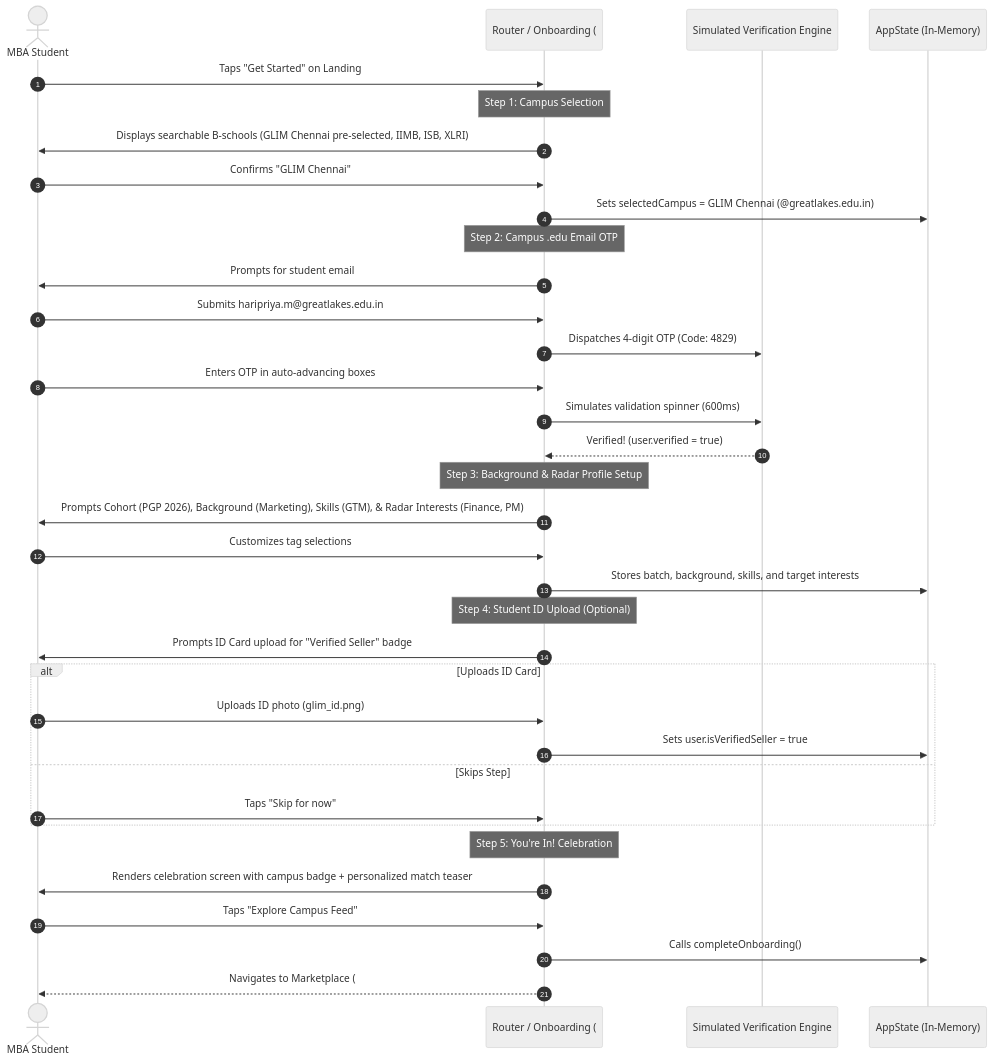
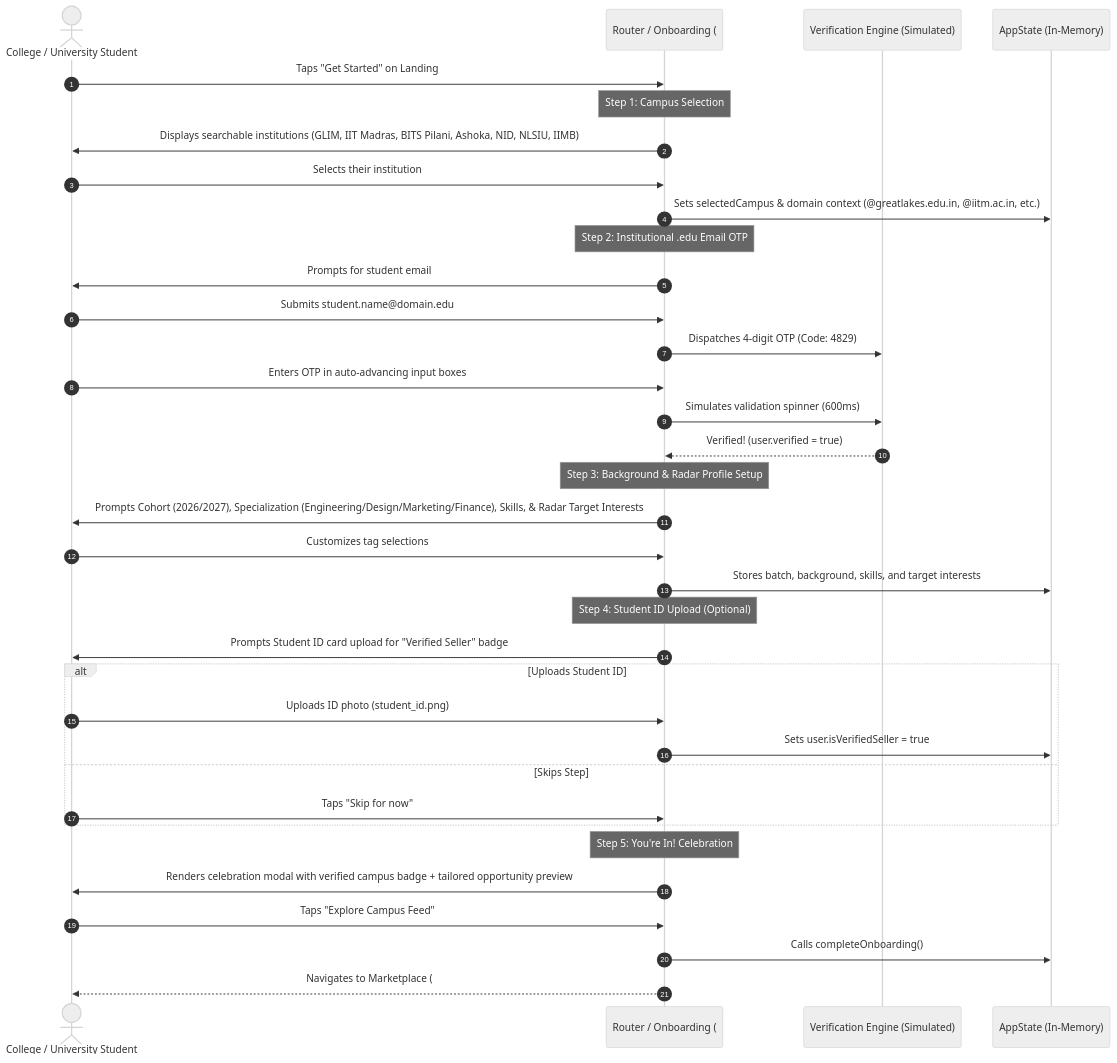
One commit to pavitrapoojary/peerly changed the second of 7 diagrams in README.md. Above: the diagram before and after it, drawn with Mermaid (neutral theme). The commit also changed other lines of this file and 6 other files, not shown here.

````diff
--- a/README.md
+++ b/README.md
@@ -135,42 +137,42 @@
 ```mermaid
 sequenceDiagram
     autonumber
-    actor Student as MBA Student
+    actor Student as College / University Student
     participant UI as Router / Onboarding (#/onboarding)
-    participant Engine as Simulated Verification Engine
+    participant Engine as Verification Engine (Simulated)
     participant State as AppState (In-Memory)
 
     Student->>UI: Taps "Get Started" on Landing
     Note over UI: Step 1: Campus Selection
-    UI->>Student: Displays searchable B-schools (GLIM Chennai pre-selected, IIMB, ISB, XLRI)
-    Student->>UI: Confirms "GLIM Chennai"
-    UI->>State: Sets selectedCampus = GLIM Chennai (@greatlakes.edu.in)
+    UI->>Student: Displays searchable institutions (GLIM, IIT Madras, BITS Pilani, Ashoka, NID, NLSIU, IIMB)
+    Student->>UI: Selects their institution
+    UI->>State: Sets selectedCampus & domain context (@greatlakes.edu.in, @iitm.ac.in, etc.)
 
-    Note over UI: Step 2: Campus .edu Email OTP
+    Note over UI: Step 2: Institutional .edu Email OTP
     UI->>Student: Prompts for student email
-    Student->>UI: Submits haripriya.m@greatlakes.edu.in
+    Student->>UI: Submits student.name@domain.edu
     UI->>Engine: Dispatches 4-digit OTP (Code: 4829)
-    Student->>UI: Enters OTP in auto-advancing boxes
+    Student->>UI: Enters OTP in auto-advancing input boxes
     UI->>Engine: Simulates validation spinner (600ms)
     Engine-->>UI: Verified! (user.verified = true)
 
     Note over UI: Step 3: Background & Radar Profile Setup
-    UI->>Student: Prompts Cohort (PGP 2026), Background (Marketing), Skills (GTM), & Radar Interests (Finance, PM)
+    UI->>Student: Prompts Cohort (2026/2027), Specialization (Engineering/Design/Marketing/Finance), Skills, & Radar Target Interests
     Student->>UI: Customizes tag selections
     UI->>State: Stores batch, background, skills, and target interests
 
     Note over UI: Step 4: Student ID Upload (Optional)
-    UI->>Student: Prompts ID Card upload for "Verified Seller" badge
-    alt Uploads ID Card
-        Student->>UI: Uploads ID photo (glim_id.png)
+    UI->>Student: Prompts Student ID card upload for "Verified Seller" badge
+    alt Uploads Student ID
+        Student->>UI: Uploads ID photo (student_id.png)
         UI->>State: Sets user.isVerifiedSeller = true
     else Skips Step
         Student->>UI: Taps "Skip for now"
     end
 
     Note over UI: Step 5: You're In! Celebration
-    UI->>Student: Renders celebration screen with campus badge + personalized match teaser
+    UI->>Student: Renders celebration modal with verified campus badge + tailored opportunity preview
     Student->>UI: Taps "Explore Campus Feed"
     UI->>State: Calls completeOnboarding()
-    UI-->>Student: Navigates to Marketplace (#/feed)
+    UI-->>Student: Navigates to Marketplace (#/feed) with full privileges
 ```
````
